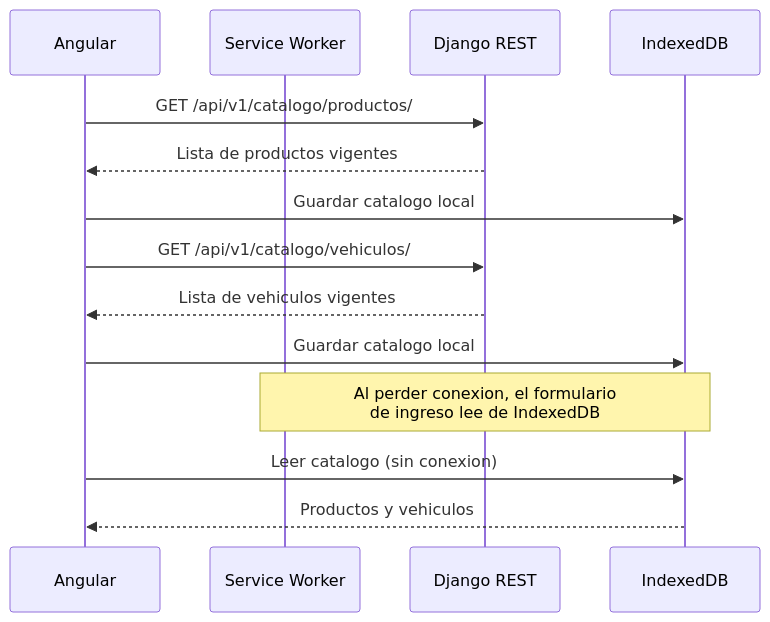
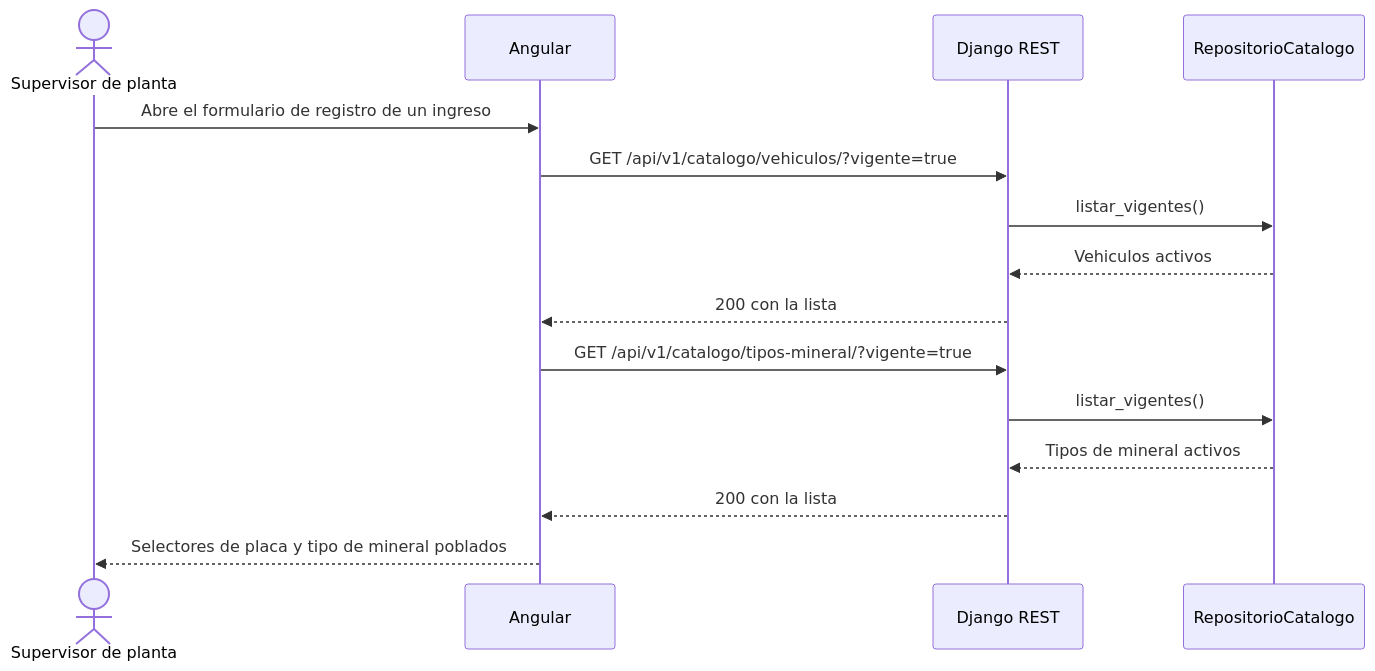
The third of 3 diagrams in docs/modulos/M02-catalogo/diagramas/secuencia.md (adlerOmonte1/LogisticaMinera), drawn with Mermaid before and after one commit. The commit also changed other lines of this file and 9 other files, not shown here.

````diff
--- a/docs/modulos/M02-catalogo/diagramas/secuencia.md
+++ b/docs/modulos/M02-catalogo/diagramas/secuencia.md
@@ -64,17 +70,20 @@
 ```mermaid
 sequenceDiagram
+    actor S as Supervisor de planta
     participant NG as Angular
-    participant SW as Service Worker
     participant API as Django REST
-    participant IDB as IndexedDB
+    participant REP as RepositorioCatalogo
 
-    NG->>API: GET /api/v1/catalogo/productos/
-    API-->>NG: Lista de productos vigentes
-    NG->>IDB: Guardar catalogo local
-    NG->>API: GET /api/v1/catalogo/vehiculos/
-    API-->>NG: Lista de vehiculos vigentes
-    NG->>IDB: Guardar catalogo local
-    Note over SW,IDB: Al perder conexion, el formulario<br/>de ingreso lee de IndexedDB
-    NG->>IDB: Leer catalogo (sin conexion)
-    IDB-->>NG: Productos y vehiculos
+    S->>NG: Abre el formulario de registro de un ingreso
+    NG->>API: GET /api/v1/catalogo/vehiculos/?vigente=true
+    API->>REP: listar_vigentes()
+    REP-->>API: Vehiculos activos
+    API-->>NG: 200 con la lista
+
+    NG->>API: GET /api/v1/catalogo/tipos-mineral/?vigente=true
+    API->>REP: listar_vigentes()
+    REP-->>API: Tipos de mineral activos
+    API-->>NG: 200 con la lista
+
+    NG-->>S: Selectores de placa y tipo de mineral poblados
 ```
````
